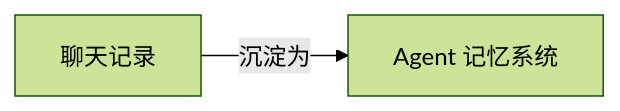
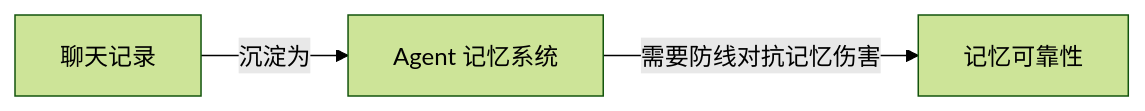
One commit to z-Zihan/LLM-101 changed the eighth of 10 diagrams in 知识网络.md. Above: the diagram before and after it, drawn with Mermaid (forest theme). The commit also changed other lines of this file and 4 other files, not shown here.

First line of the commit message:
docs(memory): add memory reliability section on degradation, poisoning, and falsification gates (#26)

````diff
--- a/知识网络.md
+++ b/知识网络.md
@@ -491,6 +492,8 @@
 ```mermaid
 flowchart LR
     n_conversation_history["聊天记录"]
+    n_memory_reliability["记忆可靠性"]
     n_agent_memory_system["Agent 记忆系统"]
     n_conversation_history -->|"沉淀为"| n_agent_memory_system
+    n_agent_memory_system -->|"需要防线对抗记忆伤害"| n_memory_reliability
 ```
````
